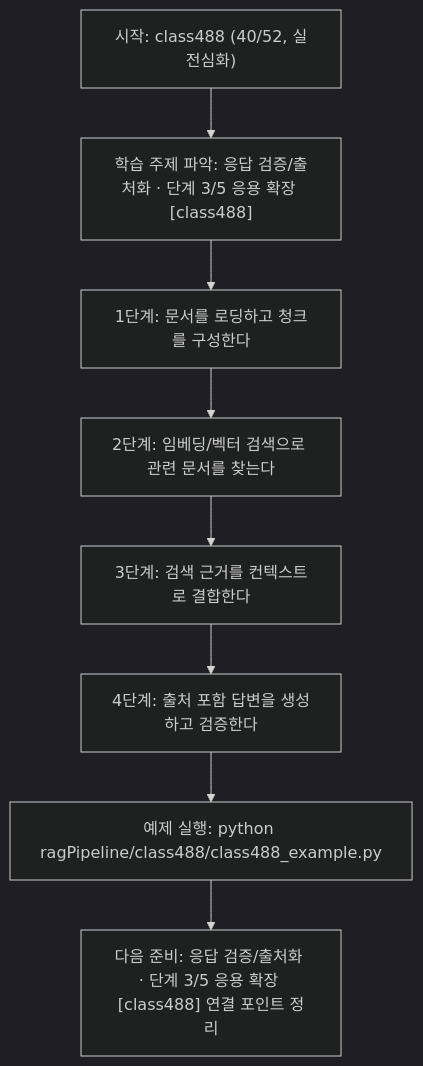
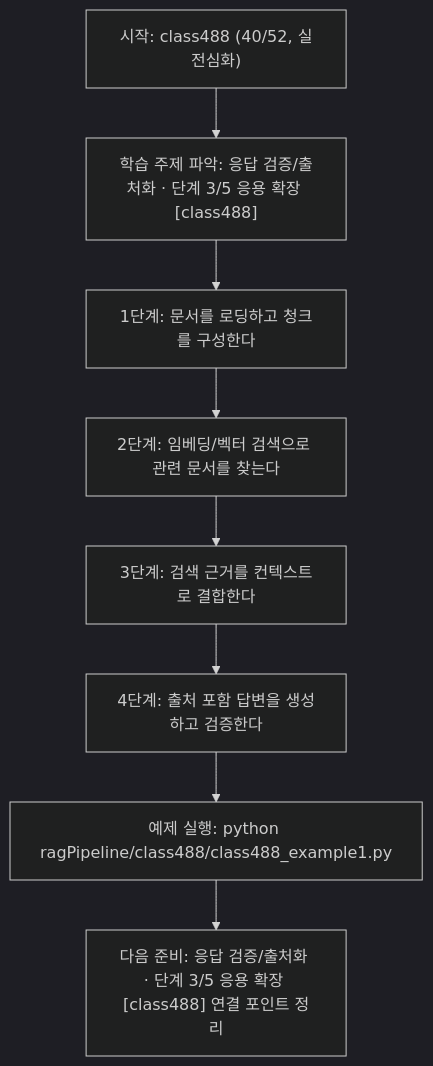
Before and after one commit to edumgt/Python-AI_Agent-Class: the diagram in ragPipeline/class488/class488.md, drawn with Mermaid (dark theme). The commit also changed other lines of this file and 2959 other files, not shown here.

````diff
--- a/ragPipeline/class488/class488.md
+++ b/ragPipeline/class488/class488.md
@@ -111,18 +111,18 @@
 ```mermaid
 flowchart TD
 N1["시작: class488 (40/52, 실전심화)"]
 N2["학습 주제 파악: 응답 검증/출처화 · 단계 3/5 응용 확장 [class488]"]
 N3["1단계: 문서를 로딩하고 청크를 구성한다"]
 N4["2단계: 임베딩/벡터 검색으로 관련 문서를 찾는다"]
 N5["3단계: 검색 근거를 컨텍스트로 결합한다"]
 N6["4단계: 출처 포함 답변을 생성하고 검증한다"]
-N7["예제 실행: python ragPipeline/class488/class488_example.py"]
+N7["예제 실행: python ragPipeline/class488/class488_example1.py"]
 N8["다음 준비: 응답 검증/출처화 · 단계 3/5 응용 확장 [class488] 연결 포인트 정리"]
 N1 --> N2
 N2 --> N3
 N3 --> N4
 N4 --> N5
 N5 --> N6
 N6 --> N7
 N7 --> N8
 ```
````
